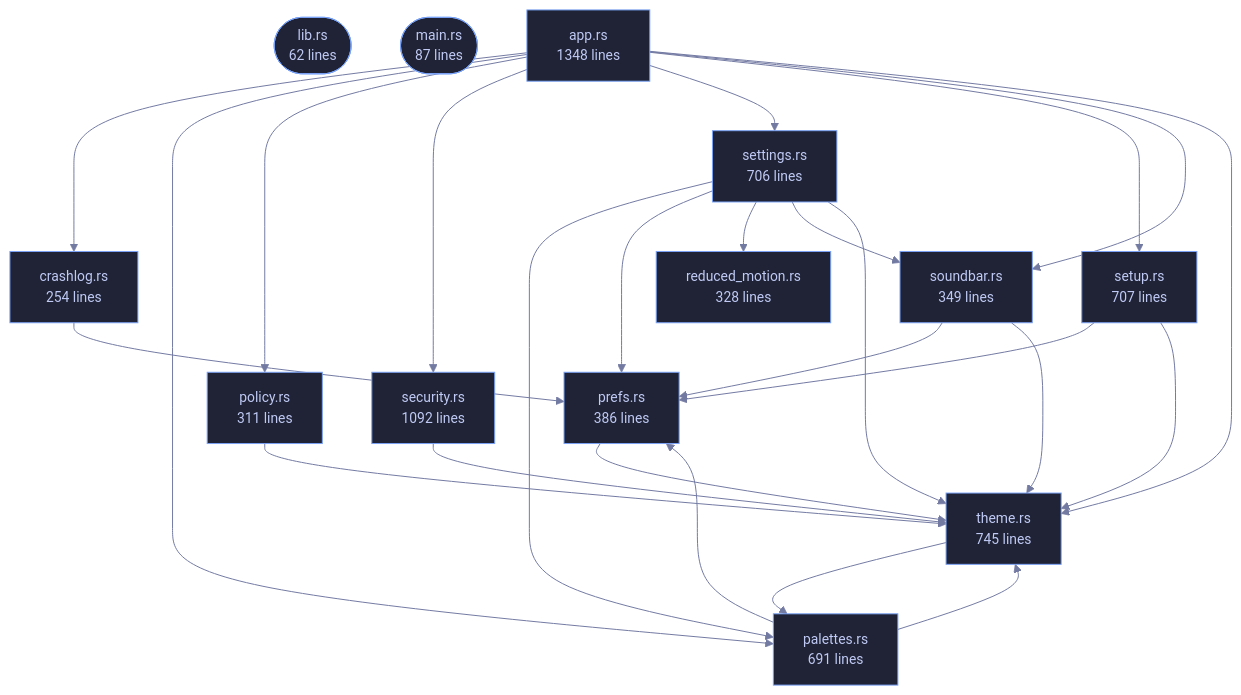
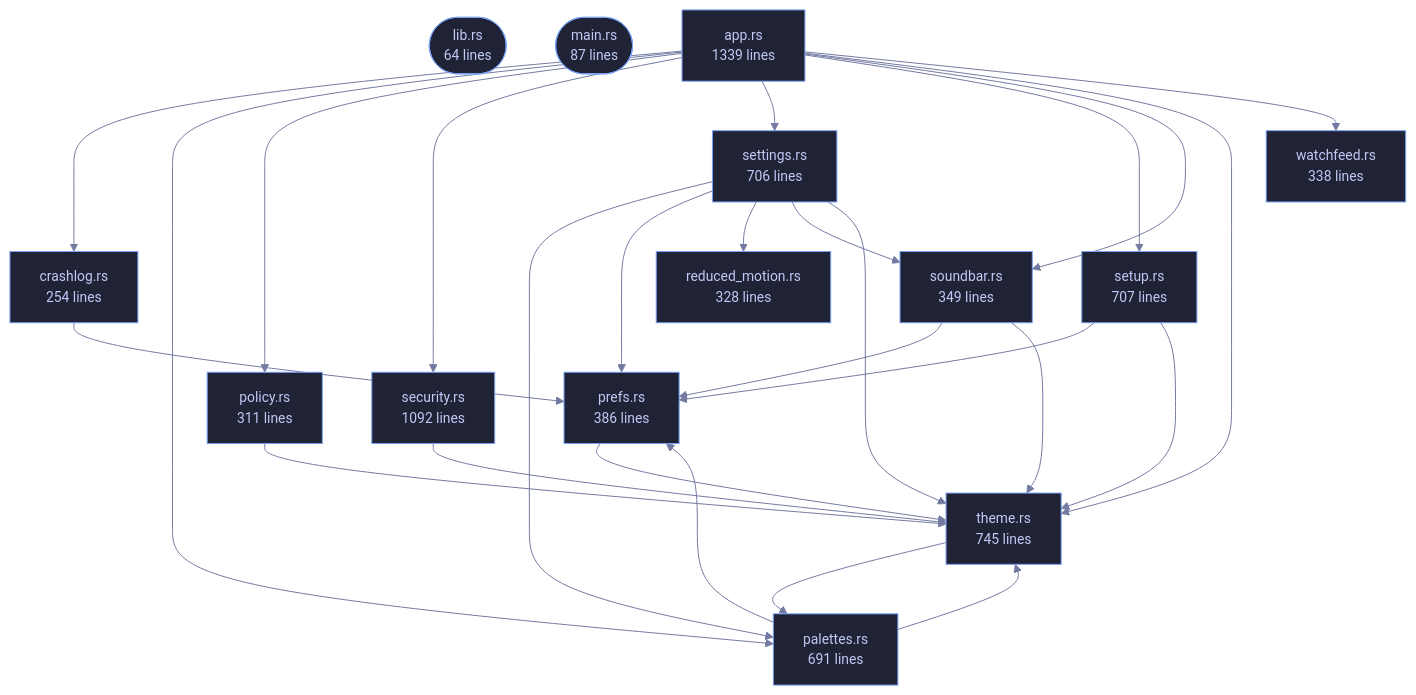
The diagram in crates/veilvoice-gui/README.md (tilas01/veilvoice), drawn with Mermaid before and after one commit. The commit also changed other lines of this file and 66 other files, not shown here.

````diff
--- a/crates/veilvoice-gui/README.md
+++ b/crates/veilvoice-gui/README.md
@@ -73,54 +74,57 @@
 ```mermaid
 %%{init: {"theme":"base","themeVariables":{"background":"#1a1b26","primaryColor":"#1f2335","primaryTextColor":"#c0caf5","primaryBorderColor":"#7aa2f7","secondaryColor":"#16161e","tertiaryColor":"#16161e","lineColor":"#737aa2","textColor":"#c0caf5","mainBkg":"#1f2335","nodeBorder":"#7aa2f7","clusterBkg":"#16161e","clusterBorder":"#2f3549","fontFamily":"ui-monospace, SFMono-Regular, Consolas, monospace","fontSize":"14px"}}}%%
 flowchart TD
-    n_lib(["lib.rs<br/>62 lines"])
+    n_lib(["lib.rs<br/>64 lines"])
     n_main(["main.rs<br/>87 lines"])
-    n_app["app.rs<br/>1348 lines"]
+    n_app["app.rs<br/>1339 lines"]
     n_crashlog["crashlog.rs<br/>254 lines"]
     n_palettes["palettes.rs<br/>691 lines"]
     n_policy["policy.rs<br/>311 lines"]
     n_prefs["prefs.rs<br/>386 lines"]
     n_reduced_motion["reduced_motion.rs<br/>328 lines"]
     n_security["security.rs<br/>1092 lines"]
     n_settings["settings.rs<br/>706 lines"]
     n_setup["setup.rs<br/>707 lines"]
     n_soundbar["soundbar.rs<br/>349 lines"]
     n_theme["theme.rs<br/>745 lines"]
+    n_watchfeed["watchfeed.rs<br/>338 lines"]
     n_app --> n_crashlog
     n_app --> n_palettes
     n_app --> n_policy
     n_app --> n_security
     n_app --> n_settings
     n_app --> n_setup
     n_app --> n_soundbar
     n_app --> n_theme
+    n_app --> n_watchfeed
     n_crashlog --> n_prefs
     n_palettes --> n_prefs
     n_palettes --> n_theme
     n_policy --> n_theme
     n_prefs --> n_theme
     n_security --> n_theme
     n_settings --> n_palettes
     n_settings --> n_prefs
     n_settings --> n_reduced_motion
     n_settings --> n_soundbar
     n_settings --> n_theme
     n_setup --> n_prefs
     n_setup --> n_theme
     n_soundbar --> n_prefs
     n_soundbar --> n_theme
     n_theme --> n_palettes
     click n_lib href "https://github.com/tilas01/veilvoice/blob/main/crates/veilvoice-gui/src/lib.rs" "open the source"
     click n_main href "https://github.com/tilas01/veilvoice/blob/main/crates/veilvoice-gui/src/main.rs" "open the source"
     click n_app href "https://github.com/tilas01/veilvoice/blob/main/crates/veilvoice-gui/src/app.rs" "open the source"
     click n_crashlog href "https://github.com/tilas01/veilvoice/blob/main/crates/veilvoice-gui/src/crashlog.rs" "open the source"
     click n_palettes href "https://github.com/tilas01/veilvoice/blob/main/crates/veilvoice-gui/src/palettes.rs" "open the source"
     click n_policy href "https://github.com/tilas01/veilvoice/blob/main/crates/veilvoice-gui/src/policy.rs" "open the source"
     click n_prefs href "https://github.com/tilas01/veilvoice/blob/main/crates/veilvoice-gui/src/prefs.rs" "open the source"
     click n_reduced_motion href "https://github.com/tilas01/veilvoice/blob/main/crates/veilvoice-gui/src/reduced_motion.rs" "open the source"
     click n_security href "https://github.com/tilas01/veilvoice/blob/main/crates/veilvoice-gui/src/security.rs" "open the source"
     click n_settings href "https://github.com/tilas01/veilvoice/blob/main/crates/veilvoice-gui/src/settings.rs" "open the source"
     click n_setup href "https://github.com/tilas01/veilvoice/blob/main/crates/veilvoice-gui/src/setup.rs" "open the source"
     click n_soundbar href "https://github.com/tilas01/veilvoice/blob/main/crates/veilvoice-gui/src/soundbar.rs" "open the source"
     click n_theme href "https://github.com/tilas01/veilvoice/blob/main/crates/veilvoice-gui/src/theme.rs" "open the source"
+    click n_watchfeed href "https://github.com/tilas01/veilvoice/blob/main/crates/veilvoice-gui/src/watchfeed.rs" "open the source"
 ```
````
